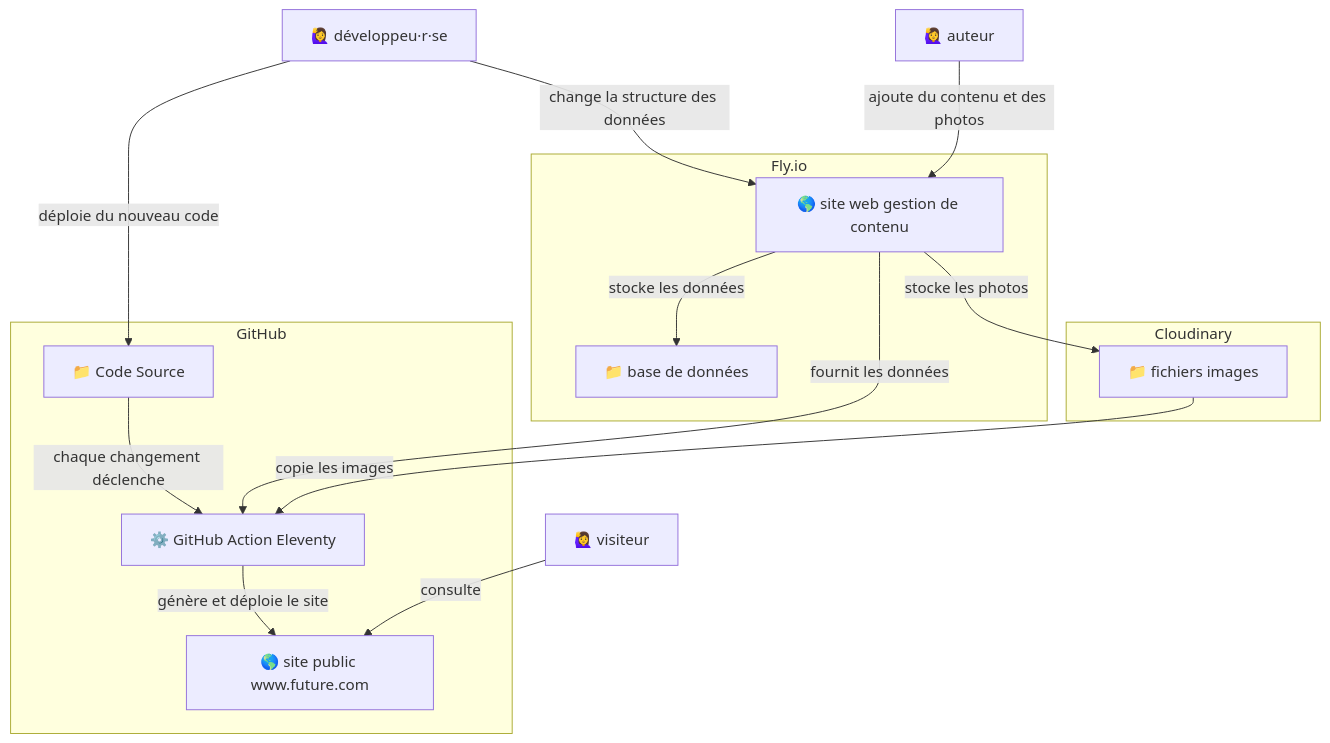
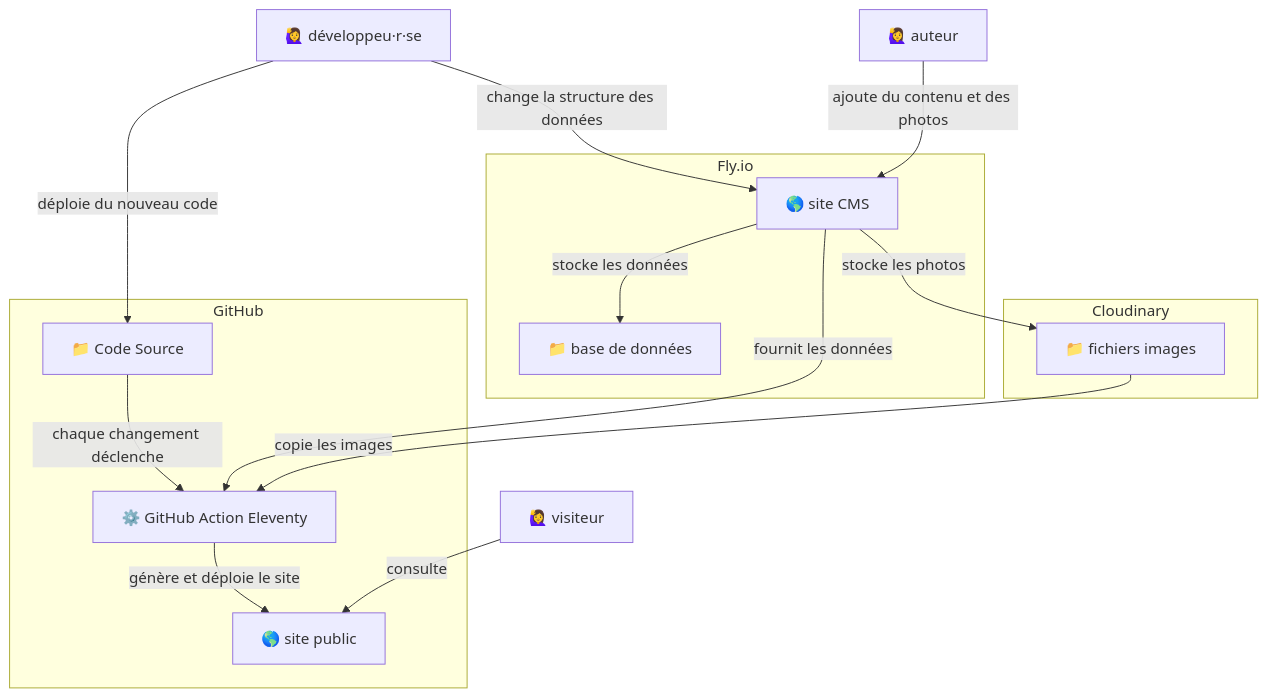
Before and after one commit to adipasquale/future: the diagram in README.md, drawn with Mermaid.

````diff
--- a/README.md
+++ b/README.md
@@ -8,32 +8,32 @@
 ```mermaid
 flowchart TD
   subgraph GitHub
     code["📁 Code Source"]
     ghaction["⚙️ GitHub Action Eleventy"]
-    www["🌎 site public www.future.com"]
+    www["🌎 site public"]
   end
   subgraph Fly.io
-    strapi["🌎 site web gestion de contenu"]
+    strapi["🌎 site CMS"]
     db["📁 base de données"]
   end
   subgraph Cloudinary
     images["📁 fichiers images"]
   end
   dev["🙋‍♀️ développeu·r·se"]
   auteur["🙋‍♀️ auteur"]
   visiteur["🙋‍♀️ visiteur"]
 
   dev -- déploie du nouveau code --> code
   dev -- change la structure des données --> strapi
 
   auteur -- ajoute du contenu et des photos --> strapi
   strapi -- stocke les données --> db
   strapi -- stocke les photos --> images
 
   code -- chaque changement déclenche --> ghaction
   ghaction -- génère et déploie le site --> www
   strapi -- fournit les données --> ghaction
   images -- copie les images --> ghaction
 
   visiteur -- consulte --> www
 ```
````
